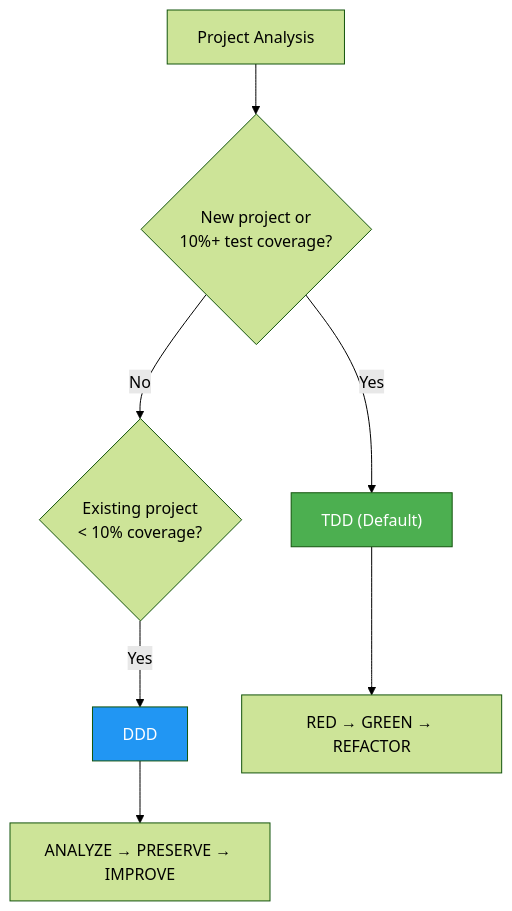
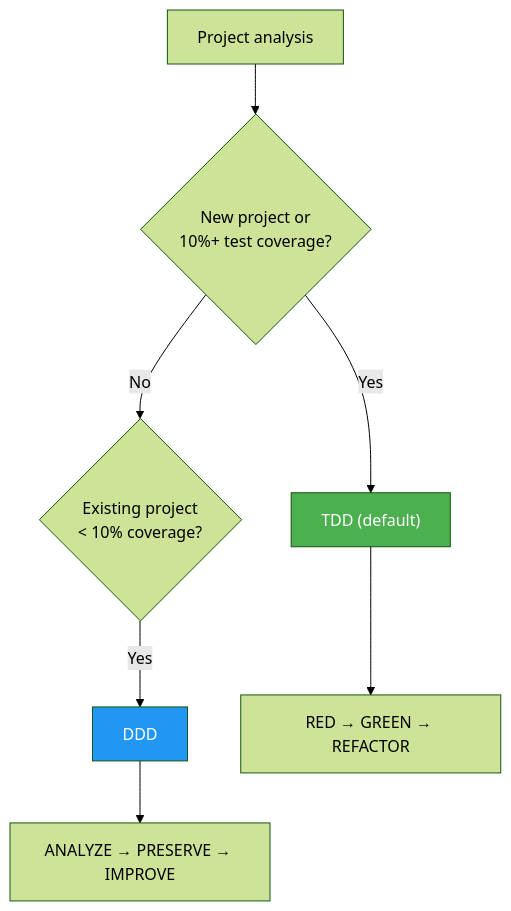
One commit to modu-ai/moai-adk changed the second of 5 diagrams in docs-site/content/en/core-concepts/what-is-moai-adk.md. Above: the diagram before and after it, drawn with Mermaid (forest theme). The commit also changed other lines of this file and 395 other files, not shown here.

````diff
--- a/docs-site/content/en/core-concepts/what-is-moai-adk.md
+++ b/docs-site/content/en/core-concepts/what-is-moai-adk.md
@@ -165,12 +195,12 @@
 ```mermaid
 flowchart TD
-    A["Project Analysis"] --> B{"New project or\n10%+ test coverage?"}
-    B -->|"Yes"| C["TDD (Default)"]
+    A["Project analysis"] --> B{"New project or\n10%+ test coverage?"}
+    B -->|"Yes"| C["TDD (default)"]
     B -->|"No"| D{"Existing project\n< 10% coverage?"}
     D -->|"Yes"| E["DDD"]
     C --> F["RED → GREEN → REFACTOR"]
     E --> G["ANALYZE → PRESERVE → IMPROVE"]
 
     style C fill:#4CAF50,color:#fff
     style E fill:#2196F3,color:#fff
 ```
````
